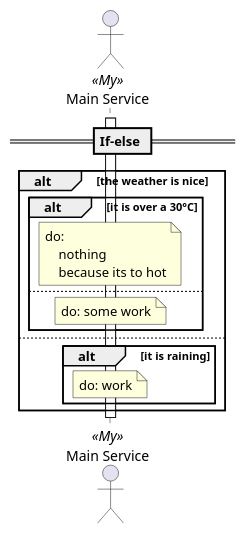
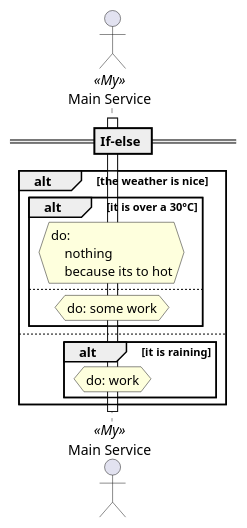
Before and after one commit to TypedUseCase/tuc-console: the diagram in docs/tuc/examples/if-else.puml, drawn with PlantUML. The commit also changed 20 other files, not shown here.

```diff
--- a/docs/tuc/examples/if-else.puml
+++ b/docs/tuc/examples/if-else.puml
@@ -1,30 +1,30 @@
 @startuml if-else
 
 == If-else ==
 
 actor "Main Service" as MainService <<My>>
 
 activate MainService
 alt the weather is nice
     alt it is over a 30°C
-        note over MainService
+        hnote over MainService
         do:
             nothing
             because its to hot
-        end note
+        end hnote
     else
-        note over MainService
+        hnote over MainService
         do: some work
-        end note
+        end hnote
     end
 else
     alt it is raining
-        note over MainService
+        hnote over MainService
         do: work
-        end note
+        end hnote
     end
 end
 
 deactivate MainService
 
 @enduml
```
